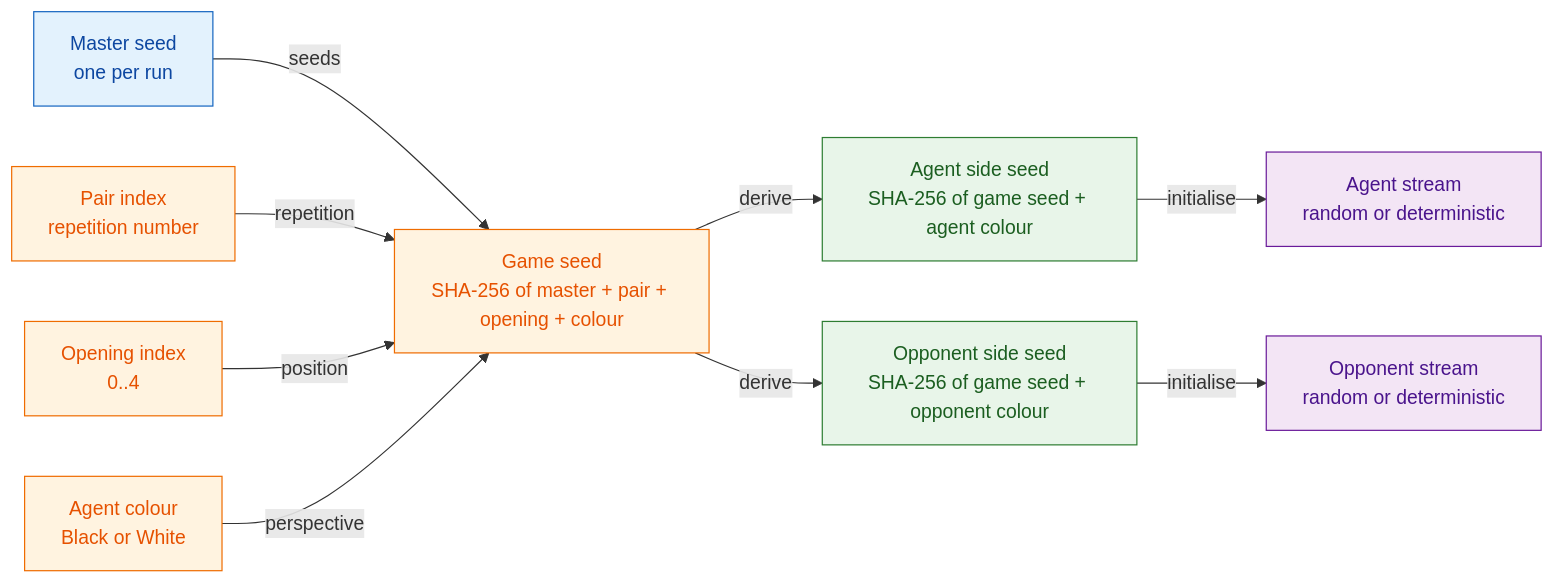
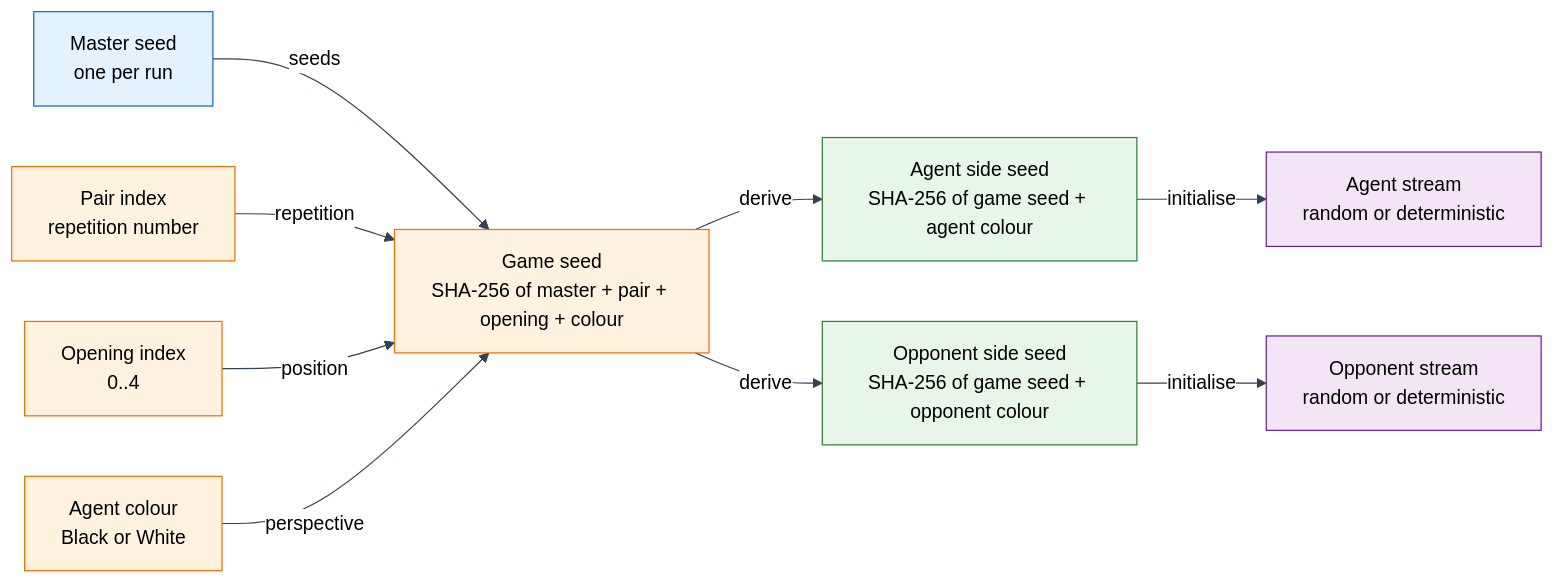
One commit to till75/RLCheckers changed the third of 5 diagrams in docs/specs/0004-evaluation-arena.md. Above: the diagram before and after it, drawn with Mermaid. The commit also changed other lines of this file and 4 other files, not shown here.

First line of the commit message:
docs: force black Mermaid labels across figures

````diff
--- a/docs/specs/0004-evaluation-arena.md
+++ b/docs/specs/0004-evaluation-arena.md
@@ -428,21 +438,22 @@
 ```mermaid
+%%{init: {"theme": "base", "themeVariables": {"darkMode": false, "primaryTextColor": "#000000", "secondaryTextColor": "#000000", "tertiaryTextColor": "#000000", "textColor": "#000000", "lineColor": "#334155", "edgeLabelBackground": "#ffffff", "clusterBkg": "#f8fafc", "clusterBorder": "#94a3b8"}}}%%
 flowchart LR
-  M["Master seed<br/>one per run"] -->|"seeds"| G["Game seed<br/>SHA-256 of master + pair + opening + colour"]
-  P["Pair index<br/>repetition number"] -->|"repetition"| G
-  O["Opening index<br/>0..4"] -->|"position"| G
-  C["Agent colour<br/>Black or White"] -->|"perspective"| G
-  G -->|"derive"| AS["Agent side seed<br/>SHA-256 of game seed + agent colour"]
-  G -->|"derive"| OS["Opponent side seed<br/>SHA-256 of game seed + opponent colour"]
-  AS -->|"initialise"| AR["Agent stream<br/>random or deterministic"]
-  OS -->|"initialise"| OR["Opponent stream<br/>random or deterministic"]
+  M["<span style='color:#000000'>Master seed<br/>one per run</span>"] -->|"<span style='background-color:#ffffff'><span style='color:#000000'>seeds</span></span>"| G["<span style='color:#000000'>Game seed<br/>SHA-256 of master + pair + opening + colour</span>"]
+  P["<span style='color:#000000'>Pair index<br/>repetition number</span>"] -->|"<span style='background-color:#ffffff'><span style='color:#000000'>repetition</span></span>"| G
+  O["<span style='color:#000000'>Opening index<br/>0..4</span>"] -->|"<span style='background-color:#ffffff'><span style='color:#000000'>position</span></span>"| G
+  C["<span style='color:#000000'>Agent colour<br/>Black or White</span>"] -->|"<span style='background-color:#ffffff'><span style='color:#000000'>perspective</span></span>"| G
+  G -->|"<span style='background-color:#ffffff'><span style='color:#000000'>derive</span></span>"| AS["<span style='color:#000000'>Agent side seed<br/>SHA-256 of game seed + agent colour</span>"]
+  G -->|"<span style='background-color:#ffffff'><span style='color:#000000'>derive</span></span>"| OS["<span style='color:#000000'>Opponent side seed<br/>SHA-256 of game seed + opponent colour</span>"]
+  AS -->|"<span style='background-color:#ffffff'><span style='color:#000000'>initialise</span></span>"| AR["<span style='color:#000000'>Agent stream<br/>random or deterministic</span>"]
+  OS -->|"<span style='background-color:#ffffff'><span style='color:#000000'>initialise</span></span>"| OR["<span style='color:#000000'>Opponent stream<br/>random or deterministic</span>"]
 
-  classDef master fill:#e3f2fd,stroke:#1565c0,color:#0d47a1
-  classDef identity fill:#fff3e0,stroke:#ef6c00,color:#e65100
-  classDef side fill:#e8f5e9,stroke:#2e7d32,color:#1b5e20
-  classDef stream fill:#f3e5f5,stroke:#6a1b9a,color:#4a148c
+  classDef master fill:#e3f2fd,stroke:#1565c0,color:#000000
+  classDef identity fill:#fff3e0,stroke:#ef6c00,color:#000000
+  classDef side fill:#e8f5e9,stroke:#2e7d32,color:#000000
+  classDef stream fill:#f3e5f5,stroke:#6a1b9a,color:#000000
 
   class M master
   class P,O,C,G identity
   class AS,OS side
   class AR,OR stream
 ```
````
